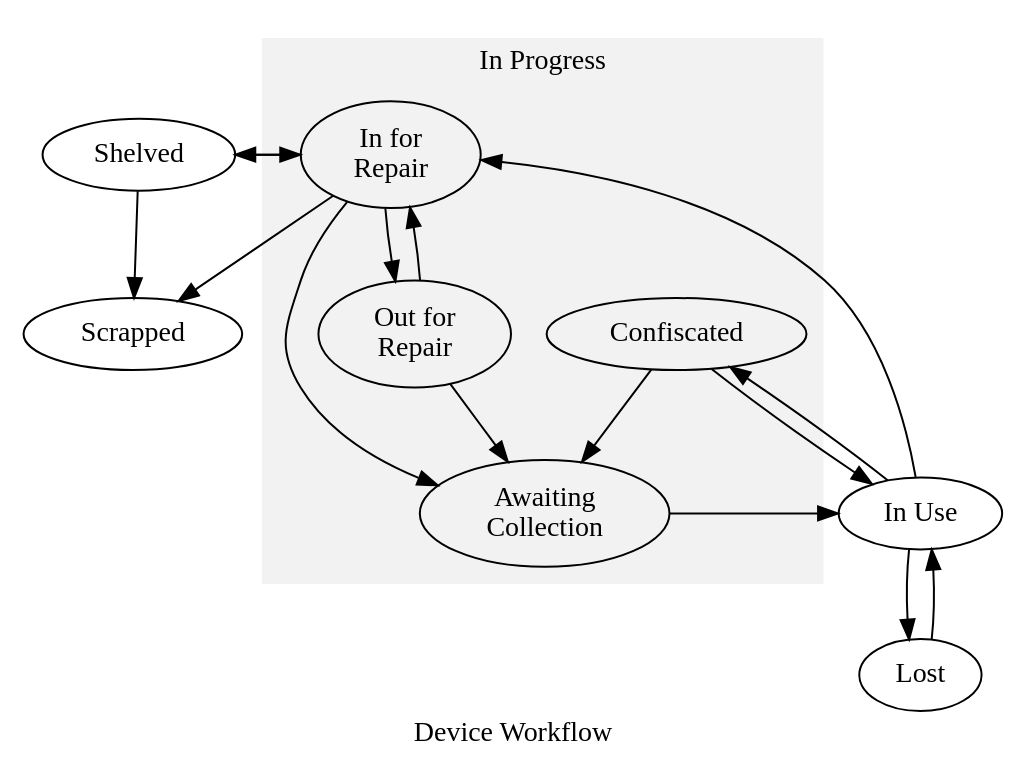
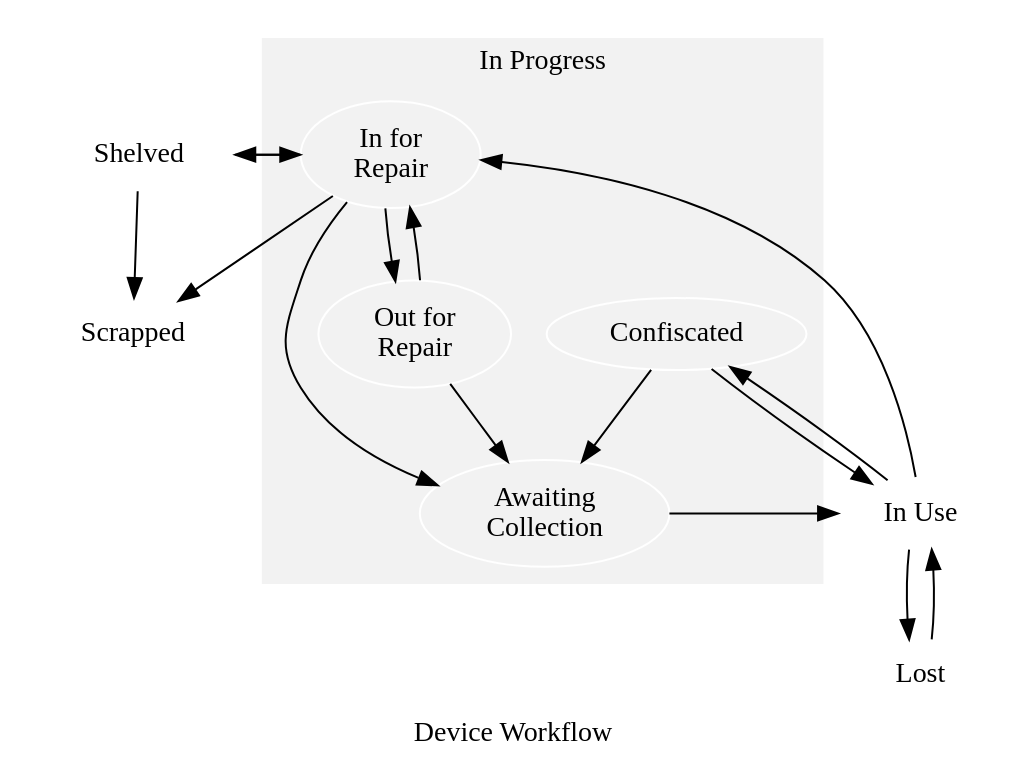
Before and after one commit to mike42/device-log: the diagram in maintenance/statuses/src/devices.dot, drawn with Graphviz.

Commit message:
update workflow diagrams

```diff
--- a/maintenance/statuses/src/devices.dot
+++ b/maintenance/statuses/src/devices.dot
@@ -1,36 +1,37 @@
 digraph G {
 	graph [overlap=false];
 	label="Device Workflow";
+	node [color=white];
 
 	shelf [label="Shelved"];
 	lost [label="Lost"];
 	use [label="In Use"];
 	scrap [label="Scrapped"];
 
 
 	subgraph cluster0 {
 		style=filled;
 		color=grey95
 		ac [label="Awaiting\nCollection"];
 		con [label="Confiscated"];
 		in [label="In for\nRepair"];
 		out [label="Out for\nRepair"];
 		con -> ac;
 		in -> out -> ac;
 		out -> in;
 		label="In Progress";
 	}
 
 	use -> lost;
 	lost -> use;
 	use -> in;
 	ac -> use;
 	use -> con;
 	con -> use;
 	in -> shelf;
 	in -> scrap;
 	in -> ac;
 	shelf -> in;
 	shelf -> scrap;
 
 }
```
